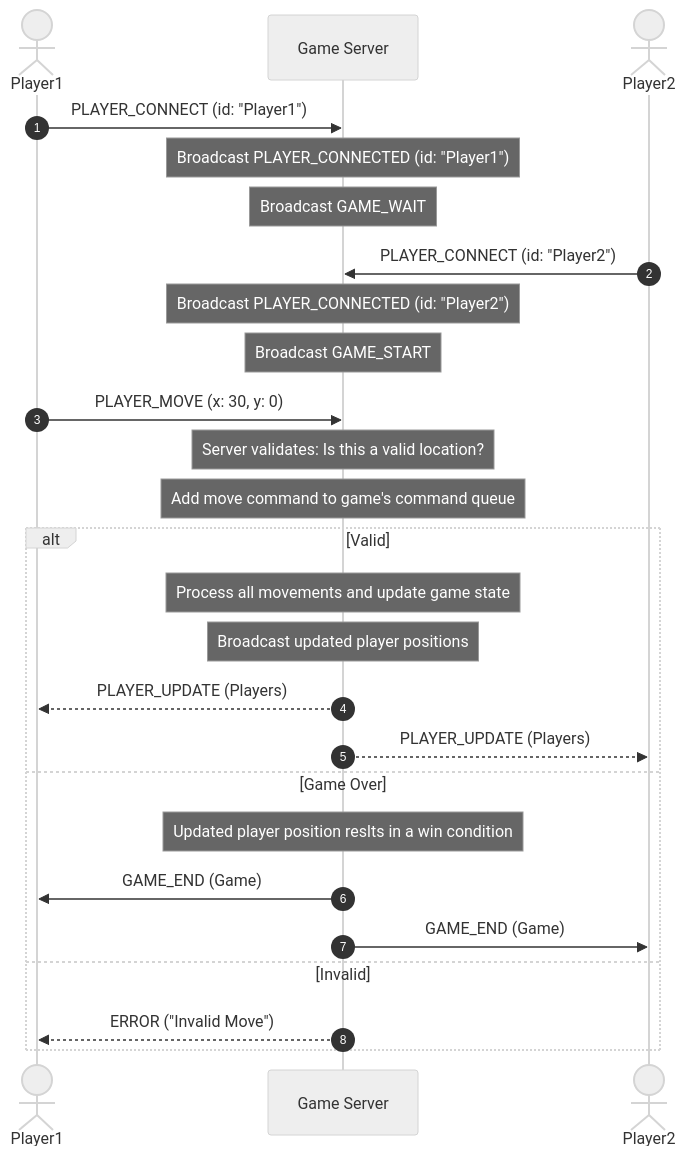
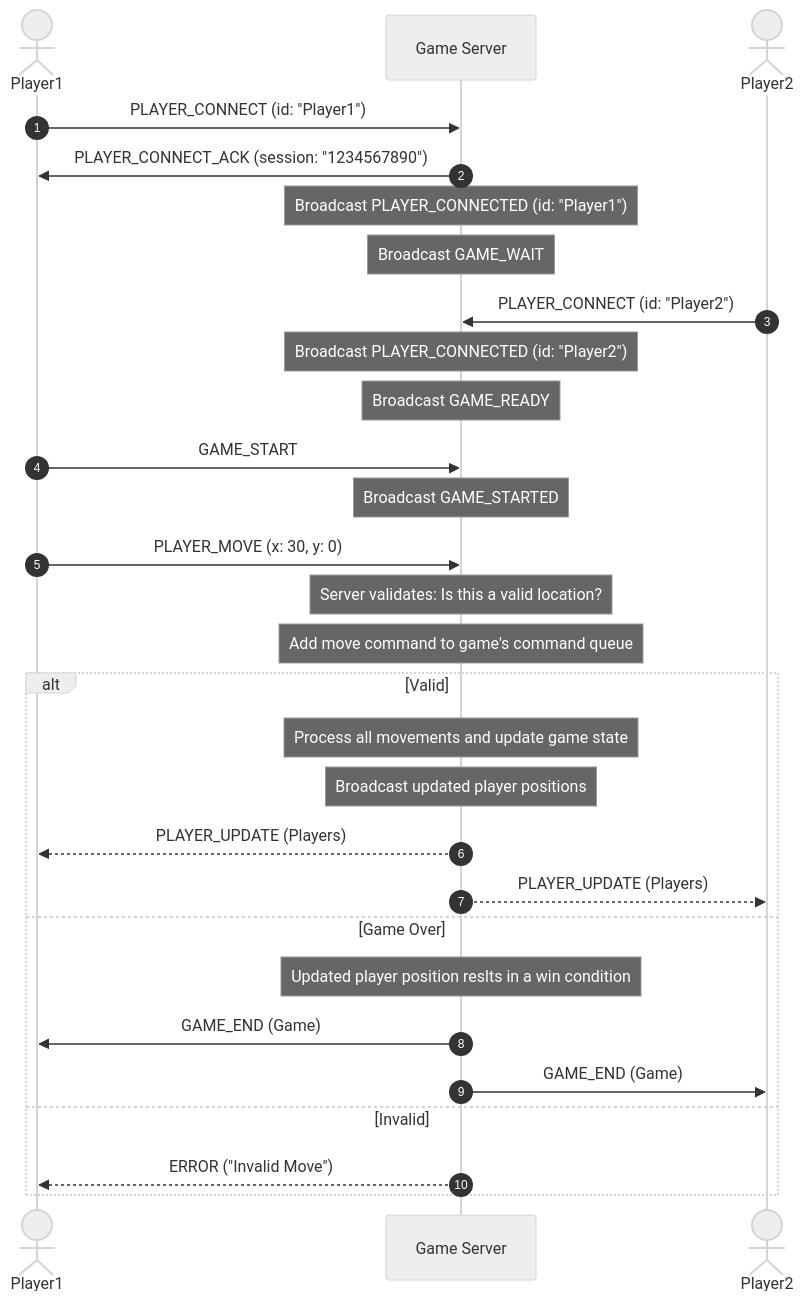
Before and after one commit to nathanthomp/terminal-tower: the second of 2 diagrams in README.md, drawn with Mermaid (neutral theme). The commit also changed other lines of this file and 9 other files, not shown here.

````diff
--- a/README.md
+++ b/README.md
@@ -93,33 +101,35 @@
 ```mermaid
 sequenceDiagram
     autonumber
     actor Client1 as Player1
     participant Server as Game Server
     actor Client2 as Player2
 
     Client1->>Server: PLAYER_CONNECT (id: "Player1")
+    Server->>Client1: PLAYER_CONNECT_ACK (session: "1234567890")
     Note over Server: Broadcast PLAYER_CONNECTED (id: "Player1")
     Note over Server: Broadcast GAME_WAIT
 
     Client2->>Server: PLAYER_CONNECT (id: "Player2")
+    Note over Server: Broadcast PLAYER_CONNECTED (id: "Player2")
+    Note over Server: Broadcast GAME_READY
 
-    Note over Server: Broadcast PLAYER_CONNECTED (id: "Player2")
-
-    Note over Server: Broadcast GAME_START
+    Client1->>Server: GAME_START
+    Note over Server: Broadcast GAME_STARTED
 
     Client1->>Server: PLAYER_MOVE (x: 30, y: 0)
     Note over Server: Server validates: Is this a valid location?
     Note over Server: Add move command to game's command queue
     alt Valid
         Note over Server: Process all movements and update game state
         Note over Server: Broadcast updated player positions
         Server-->>Client1: PLAYER_UPDATE (Players)
         Server-->>Client2: PLAYER_UPDATE (Players)
     else Game Over
         Note over Server: Updated player position reslts in a win condition
         Server->>Client1: GAME_END (Game)
         Server->>Client2: GAME_END (Game)
     else Invalid
         Server-->>Client1: ERROR ("Invalid Move")
     end
 ```
````
